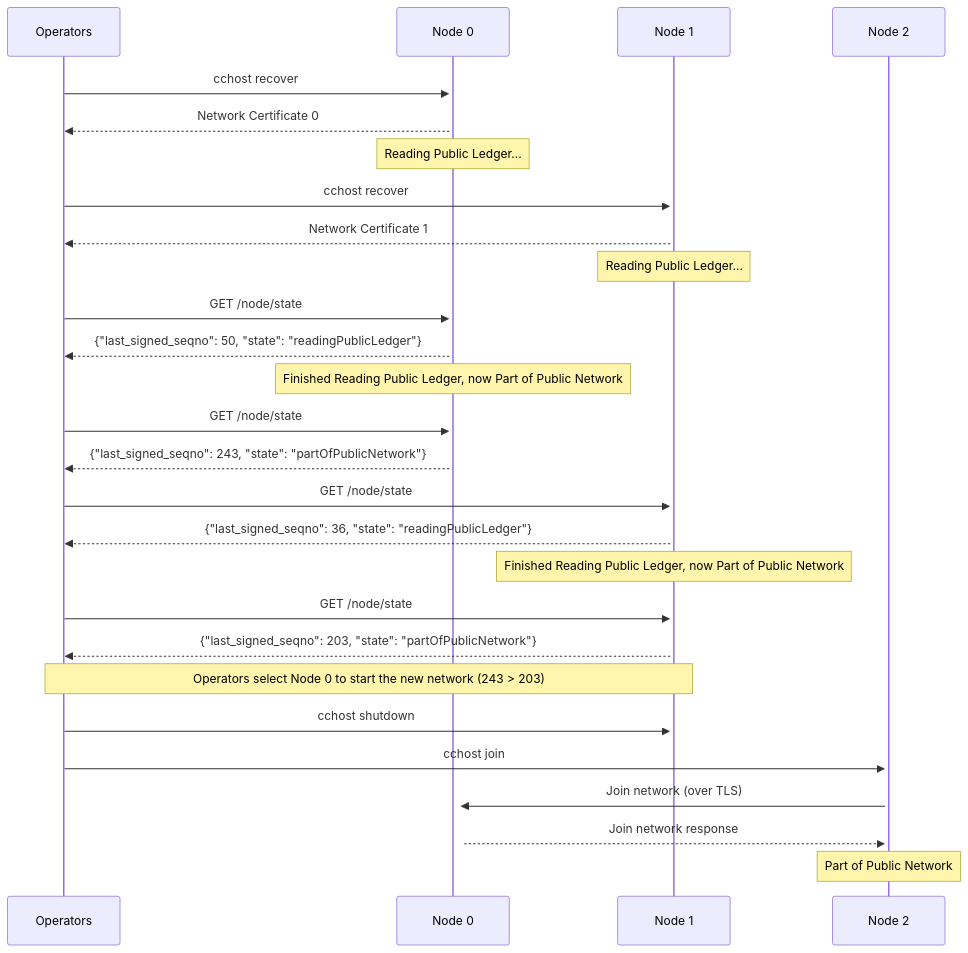
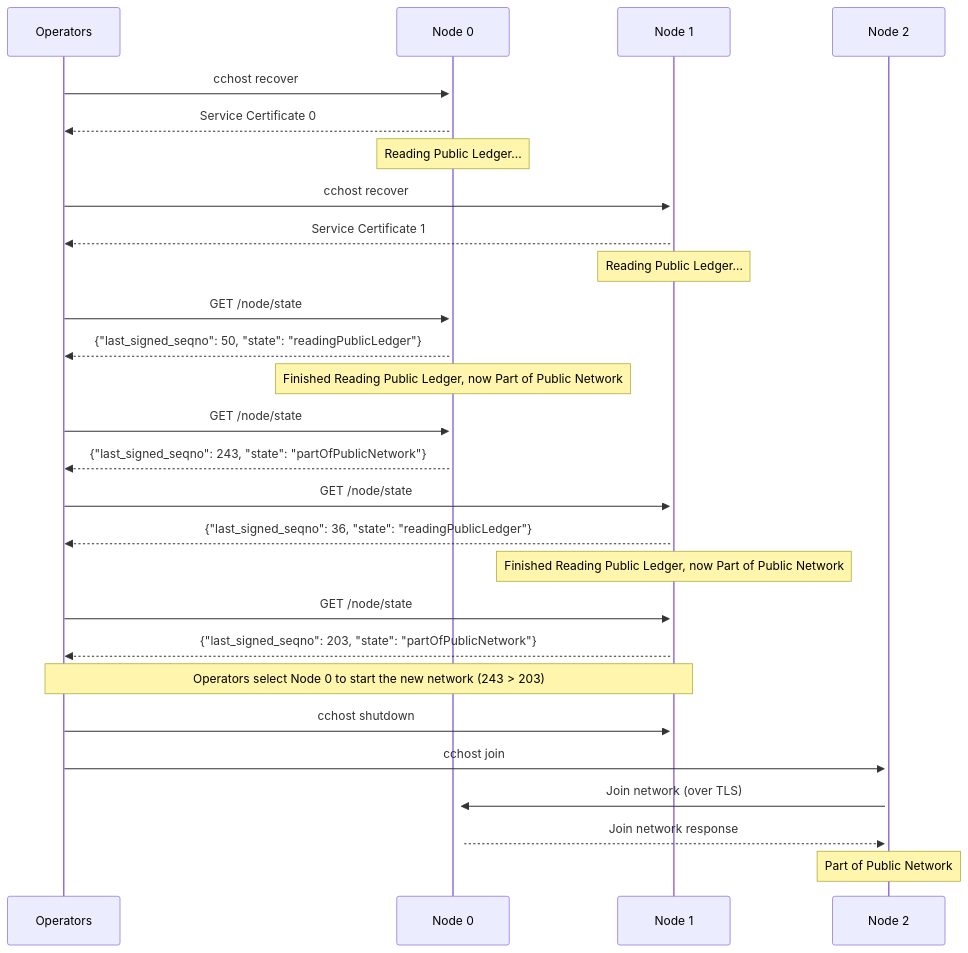
Before and after one commit to microsoft/CCF: the third of 3 diagrams in doc/operations/recovery.rst, drawn with Mermaid. The commit also changed other lines of this file and 56 other files, not shown here.

Commit message:
Rename network cert to service cert

```diff
--- a/doc/operations/recovery.rst
+++ b/doc/operations/recovery.rst
@@ -61,36 +61,36 @@
 .. mermaid::
 
     sequenceDiagram
         participant Operators
         participant Node 0
         participant Node 1
         participant Node 2
 
         Operators->>+Node 0: cchost recover
-        Node 0-->>Operators: Network Certificate 0
+        Node 0-->>Operators: Service Certificate 0
         Note over Node 0: Reading Public Ledger...
 
         Operators->>+Node 1: cchost recover
-        Node 1-->>Operators: Network Certificate 1
+        Node 1-->>Operators: Service Certificate 1
         Note over Node 1: Reading Public Ledger...
 
         Operators->>+Node 0: GET /node/state
         Node 0-->>Operators: {"last_signed_seqno": 50, "state": "readingPublicLedger"}
         Note over Node 0: Finished Reading Public Ledger, now Part of Public Network
         Operators->>Node 0: GET /node/state
         Node 0-->>Operators: {"last_signed_seqno": 243, "state": "partOfPublicNetwork"}
 
         Operators->>+Node 1: GET /node/state
         Node 1-->>Operators: {"last_signed_seqno": 36, "state": "readingPublicLedger"}
         Note over Node 1: Finished Reading Public Ledger, now Part of Public Network
         Operators->>Node 1: GET /node/state
         Node 1-->>Operators: {"last_signed_seqno": 203, "state": "partOfPublicNetwork"}
 
         Note over Operators, Node 1: Operators select Node 0 to start the new network (243 > 203)
 
         Operators->>+Node 1: cchost shutdown
 
         Operators->>+Node 2: cchost join
         Node 2->>+Node 0: Join network (over TLS)
         Node 0-->>Node 2: Join network response
         Note over Node 2: Part of Public Network
```
